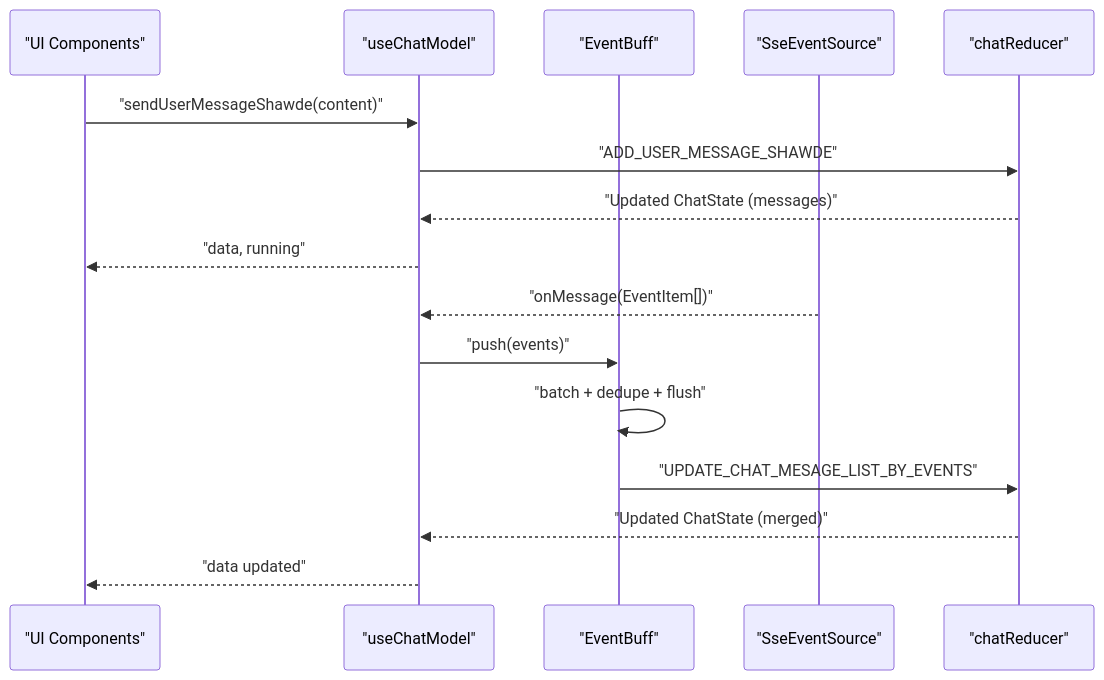
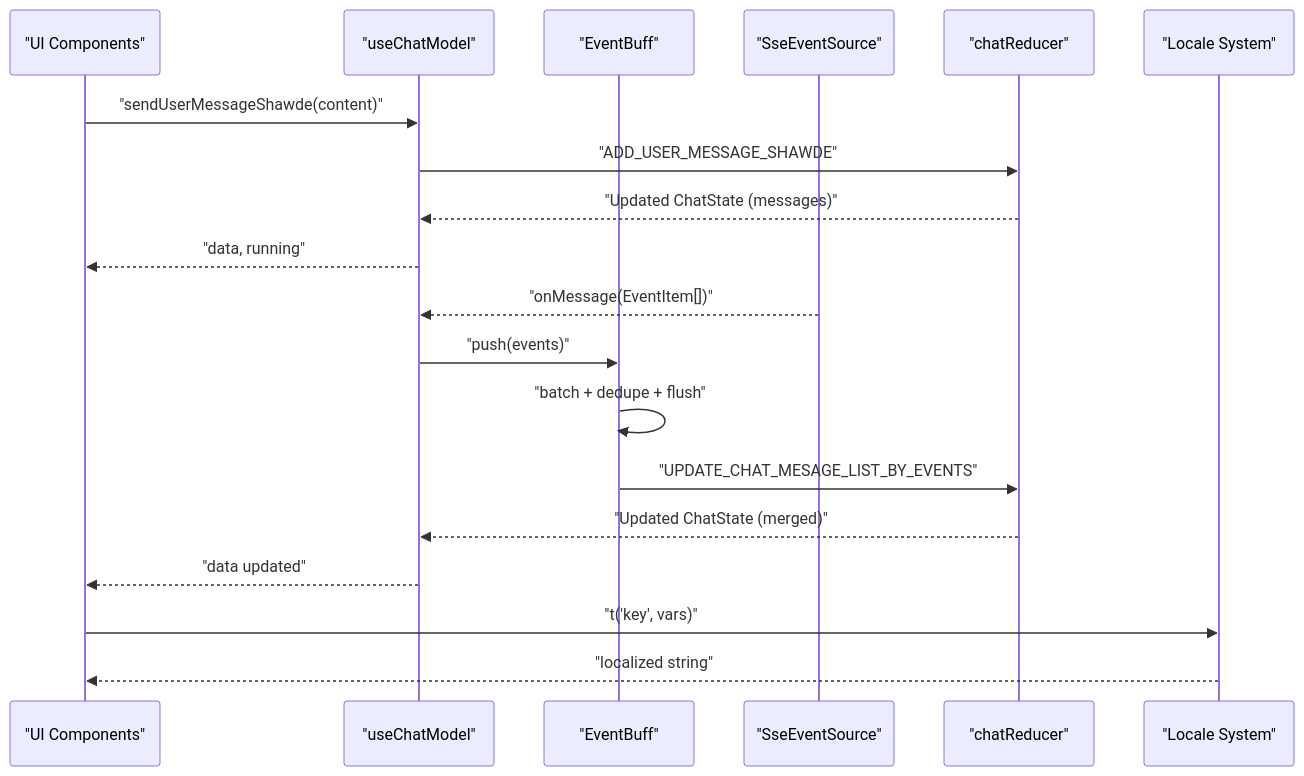
The second of 12 diagrams in .qoder/repowiki/en/content/Frontend Architecture/State Management and Data Flow.md (alibaba/tron-one-agent), drawn with Mermaid before and after one commit. The commit also changed other lines of this file and 8 other files, not shown here.

````diff
--- a/.qoder/repowiki/en/content/Frontend Architecture/State Management and Data Flow.md
+++ b/.qoder/repowiki/en/content/Frontend Architecture/State Management and Data Flow.md
@@ -71,18 +103,21 @@
 ```mermaid
 sequenceDiagram
 participant UI as "UI Components"
 participant Model as "useChatModel"
 participant Buffer as "EventBuff"
 participant ES as "SseEventSource"
 participant Reducer as "chatReducer"
+participant I18n as "Locale System"
 UI->>Model : "sendUserMessageShawde(content)"
 Model->>Reducer : "ADD_USER_MESSAGE_SHAWDE"
 Reducer-->>Model : "Updated ChatState (messages)"
 Model-->>UI : "data, running"
 ES-->>Model : "onMessage(EventItem[])"
 Model->>Buffer : "push(events)"
 Buffer->>Buffer : "batch + dedupe + flush"
 Buffer->>Reducer : "UPDATE_CHAT_MESAGE_LIST_BY_EVENTS"
 Reducer-->>Model : "Updated ChatState (merged)"
 Model-->>UI : "data updated"
+UI->>I18n : "t('key', vars)"
+I18n-->>UI : "localized string"
 ```
````
